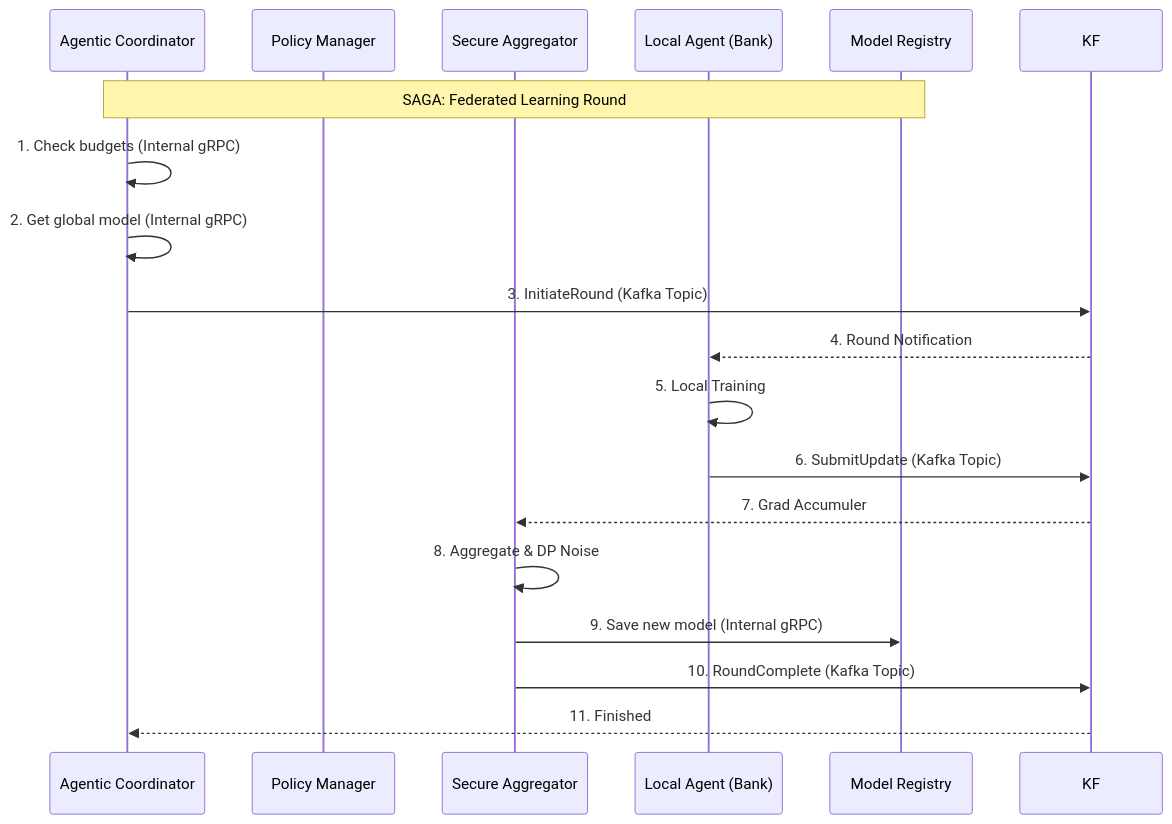
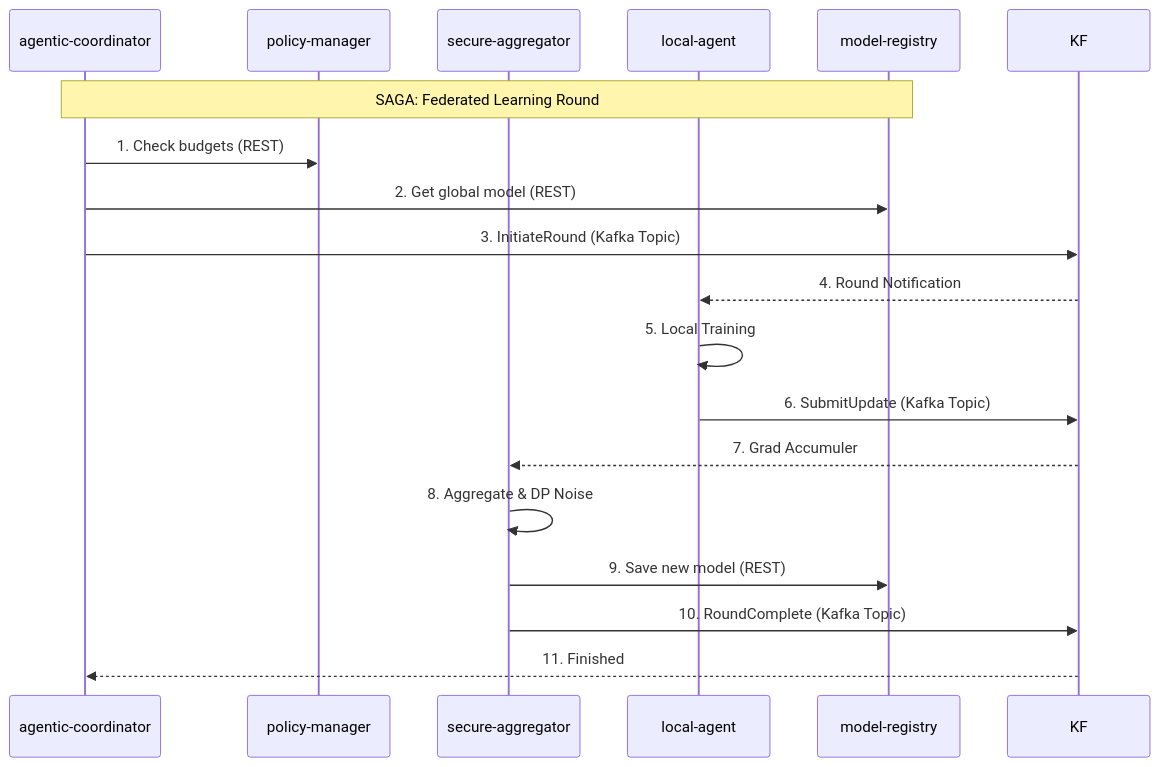
One commit to dayawansha/agentic-federated-cbdc-fraud-detection changed the third of 3 diagrams in doc/status/devPlan.md. Above: the diagram before and after it, drawn with Mermaid. The commit also changed other lines of this file and 48 other files, not shown here.

````diff
--- a/doc/status/devPlan.md
+++ b/doc/status/devPlan.md
@@ -554,24 +552,24 @@
 ```mermaid
 sequenceDiagram
-    participant AC as Agentic Coordinator
-    participant PM as Policy Manager
-    participant SA as Secure Aggregator
-    participant LA as Local Agent (Bank)
-    participant MR as Model Registry
+    participant AC as agentic-coordinator
+    participant PM as policy-manager
+    participant SA as secure-aggregator
+    participant LA as local-agent
+    participant MR as model-registry
     
     Note over AC,MR: SAGA: Federated Learning Round
     
-    AC->>AC: 1. Check budgets (Internal gRPC)
-    AC->>AC: 2. Get global model (Internal gRPC)
+    AC->>PM: 1. Check budgets (REST)
+    AC->>MR: 2. Get global model (REST)
     
     AC->>KF: 3. InitiateRound (Kafka Topic)
     KF-->>LA: 4. Round Notification
     LA->>LA: 5. Local Training
     LA->>KF: 6. SubmitUpdate (Kafka Topic)
     
     KF-->>SA: 7. Grad Accumuler
     SA->>SA: 8. Aggregate & DP Noise
-    SA->>MR: 9. Save new model (Internal gRPC)
+    SA->>MR: 9. Save new model (REST)
     SA->>KF: 10. RoundComplete (Kafka Topic)
     KF-->>AC: 11. Finished
 ```
````
